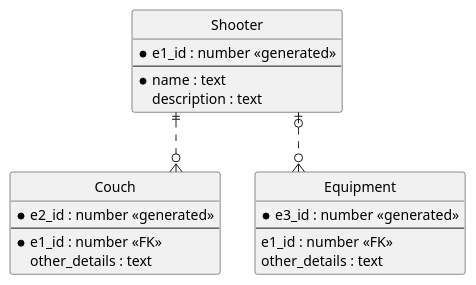
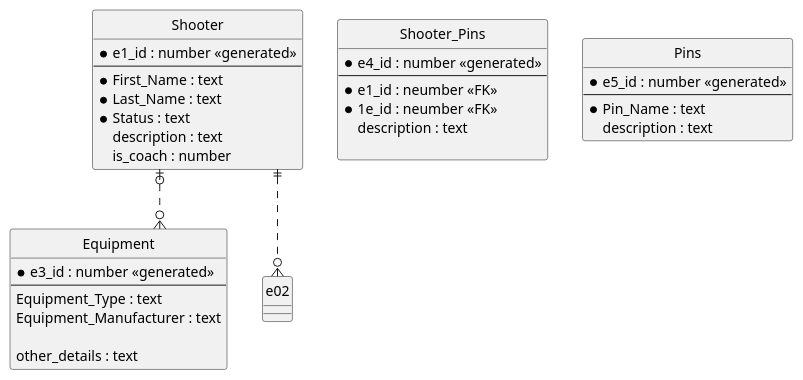
One commit to sargentstudley/Fun_Things changed the diagram in DB_Diagram.puml. Above: the diagram before and after it, drawn with PlantUML.

Commit message:
Expanding DB Diagram

```diff
--- a/DB_Diagram.puml
+++ b/DB_Diagram.puml
@@ -1,33 +1,48 @@
 @startuml
 
 ' hide the spot
 hide circle
 
 ' avoid problems with angled crows feet
 skinparam linetype ortho
 
 entity "Shooter" as e01 {
   *e1_id : number <<generated>>
   --
-  *name : text
+  *First_Name : text
+  *Last_Name : text
+  *Status : text
+  description : text
+  is_coach : number
+}
+
+entity "Shooter_Pins" as e04 {
+  *e4_id : number <<generated>>
+  --
+  *e1_id : neumber <<FK>>
+  *1e_id : neumber <<FK>>
+  description : text
+  
+}
+
+entity "Pins" as e05 {
+  *e5_id : number <<generated>>
+  --
+  *Pin_Name : text
   description : text
 }
 
-entity "Couch" as e02 {
-  *e2_id : number <<generated>>
-  --
-  *e1_id : number <<FK>>
-  other_details : text
-}
 
 entity "Equipment" as e03 {
   *e3_id : number <<generated>>
   --
-  e1_id : number <<FK>>
+  Equipment_Type : text
+  Equipment_Manufacturer : text
+
   other_details : text
 }
 
 e01 ||..o{ e02
 e01 |o..o{ e03
 
 @enduml
```
